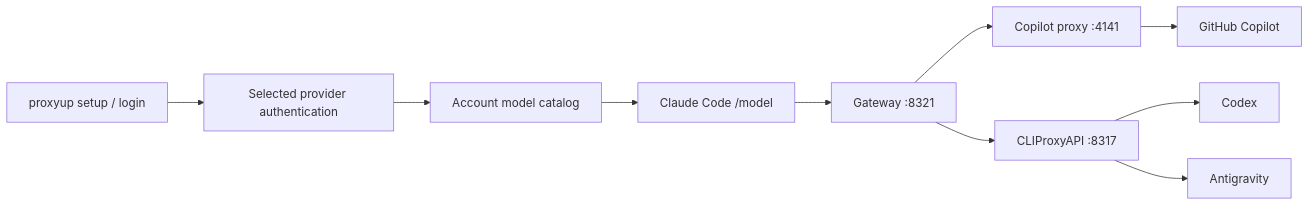
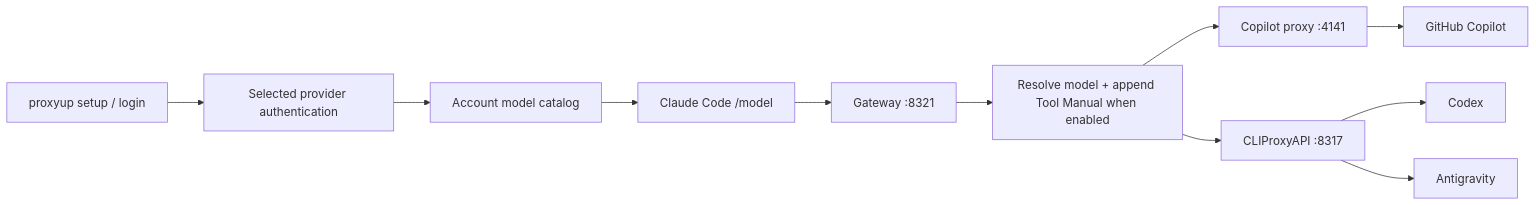
One commit to Phatitee/harness-bridge changed the diagram in README.md. Above: the diagram before and after it, drawn with Mermaid. The commit also changed other lines of this file, not shown here.

Commit message:
docs: document tool manual flow and source installation

````diff
--- a/README.md
+++ b/README.md
@@ -7,12 +9,13 @@
 ```mermaid
 flowchart LR
     Setup[proxyup setup / login] --> Auth[Selected provider authentication]
     Auth --> Catalog[Account model catalog]
     Catalog --> Claude[Claude Code /model]
     Claude --> Gateway[Gateway :8321]
-    Gateway --> Copilot[Copilot proxy :4141]
-    Gateway --> CLI[CLIProxyAPI :8317]
+    Gateway --> Manual[Resolve model + append Tool Manual when enabled]
+    Manual --> Copilot[Copilot proxy :4141]
+    Manual --> CLI[CLIProxyAPI :8317]
     Copilot --> GH[GitHub Copilot]
     CLI --> Codex[Codex]
     CLI --> AGY[Antigravity]
 ```
````
